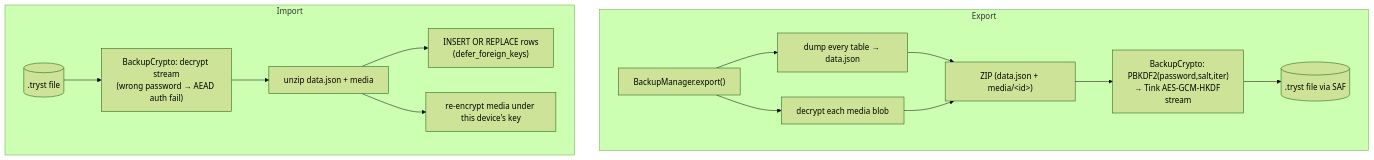
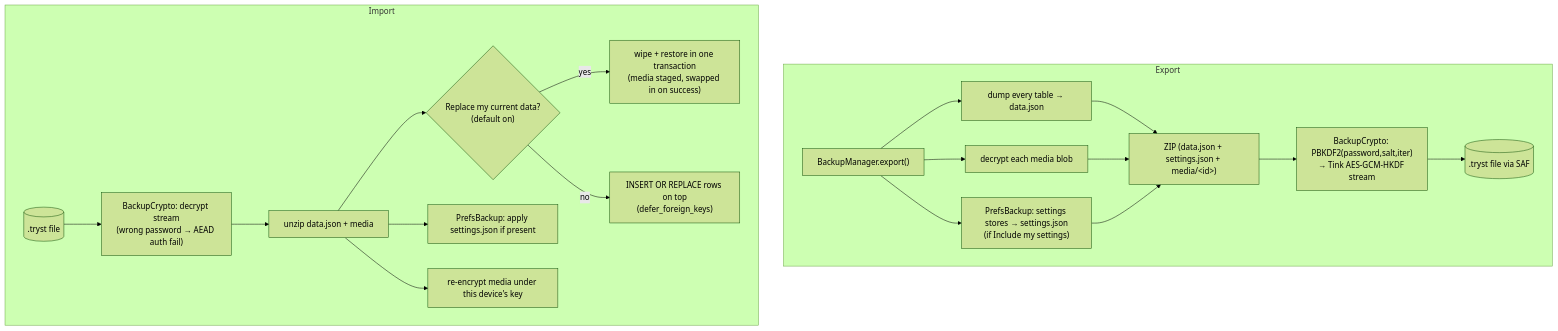
The seventh of 10 diagrams in docs/FLOWCHARTS.md (herbiewalker/tryst), drawn with Mermaid (forest theme) before and after one commit. The commit also changed other lines of this file and 26 other files, not shown here.

````diff
--- a/docs/FLOWCHARTS.md
+++ b/docs/FLOWCHARTS.md
@@ -171,17 +172,22 @@
 ```mermaid
 flowchart TD
     subgraph Export
         X1["BackupManager.export()"] --> X2["dump every table → data.json"]
         X1 --> X3["decrypt each media blob"]
-        X2 --> X4["ZIP (data.json + media/&lt;id&gt;)"]
+        X1 --> X7["PrefsBackup: settings stores → settings.json<br/>(if Include my settings)"]
+        X2 --> X4["ZIP (data.json + settings.json + media/&lt;id&gt;)"]
         X3 --> X4
+        X7 --> X4
         X4 --> X5["BackupCrypto: PBKDF2(password,salt,iter)<br/>→ Tink AES-GCM-HKDF stream"]
         X5 --> X6[(".tryst file via SAF")]
     end
     subgraph Import
         I1[(".tryst file")] --> I2["BackupCrypto: decrypt stream<br/>(wrong password → AEAD auth fail)"]
         I2 --> I3["unzip data.json + media"]
-        I3 --> I4["INSERT OR REPLACE rows<br/>(defer_foreign_keys)"]
+        I3 --> I8{"Replace my current data?<br/>(default on)"}
+        I8 -- yes --> I9["wipe + restore in one transaction<br/>(media staged, swapped in on success)"]
+        I8 -- no --> I4["INSERT OR REPLACE rows on top<br/>(defer_foreign_keys)"]
+        I3 --> I10["PrefsBackup: apply settings.json if present"]
         I3 --> I5["re-encrypt media under this device's key"]
     end
 ```
````
